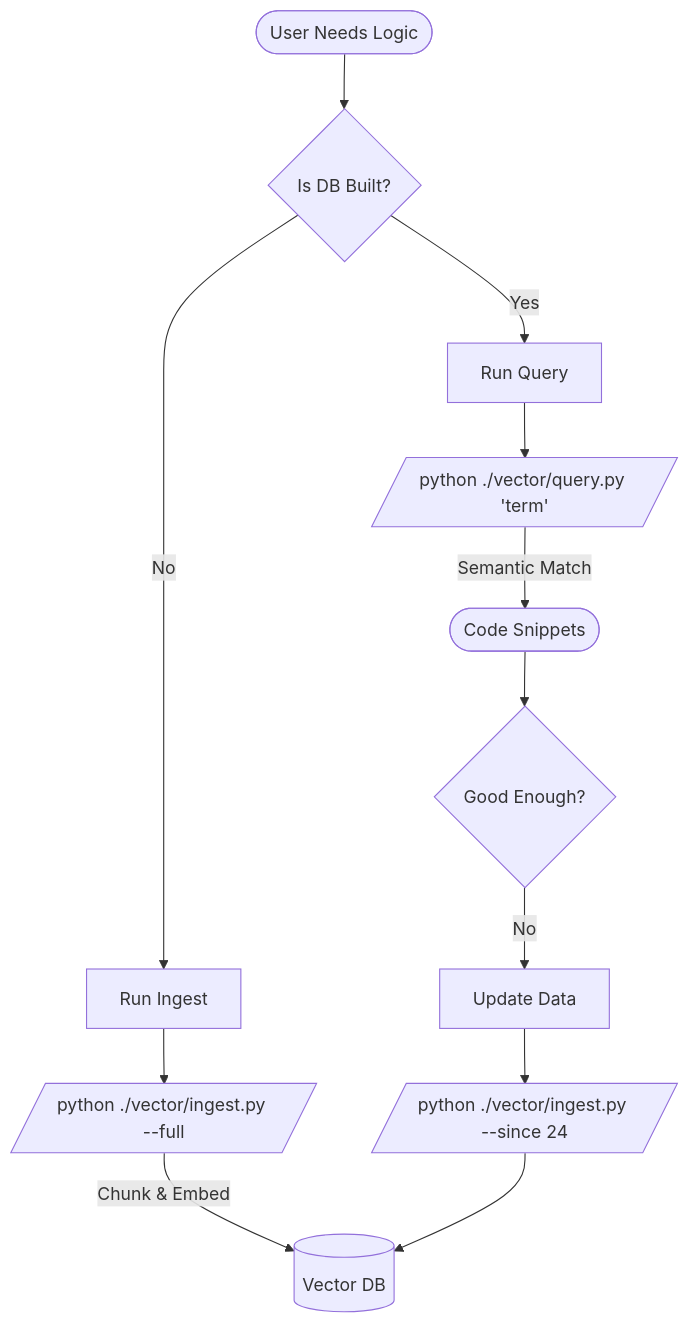
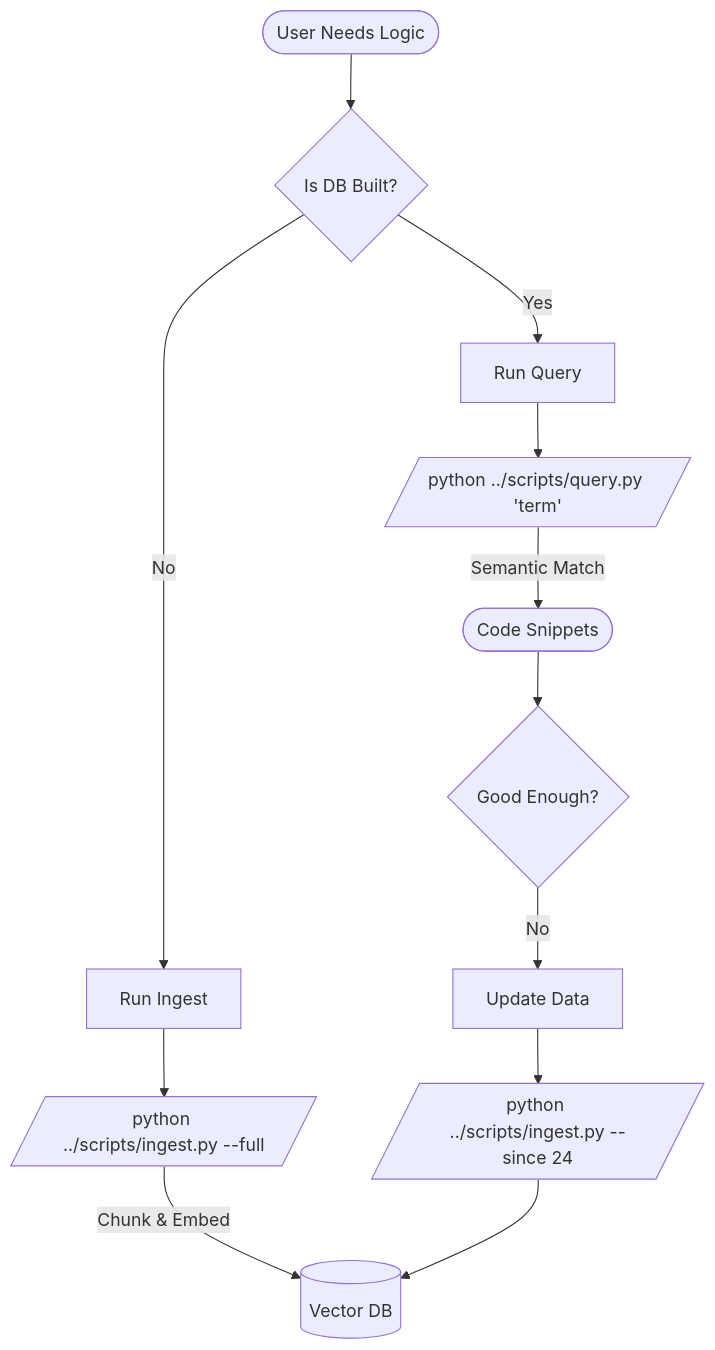
Before and after one commit to richfrem/agent-plugins-skills: the diagram in plugins/vector-db/references/workflow.mmd, drawn with Mermaid. The commit also changed 12 other files, not shown here.

```diff
--- a/plugins/vector-db/references/workflow.mmd
+++ b/plugins/vector-db/references/workflow.mmd
@@ -1,15 +1,15 @@
 flowchart TD
     Start([User Needs Logic]) --> Check{Is DB Built?}
     
     Check -- No --> Build[Run Ingest]
-    Build --> CmdBuild[/"python ./vector/ingest.py --full"/]
+    Build --> CmdBuild[/"python ../scripts/ingest.py --full"/]
     CmdBuild -- "Chunk & Embed" --> DB[(Vector DB)]
     
     Check -- Yes --> Search[Run Query]
-    Search --> CmdSearch[/"python ./vector/query.py 'term'"/]
+    Search --> CmdSearch[/"python ../scripts/query.py 'term'"/]
     CmdSearch -- "Semantic Match" --> Result([Code Snippets])
     
     Result --> Refine{Good Enough?}
     Refine -- No --> Rebuild[Update Data]
-    Rebuild --> CmdUpdate[/"python ./vector/ingest.py --since 24"/]
+    Rebuild --> CmdUpdate[/"python ../scripts/ingest.py --since 24"/]
     CmdUpdate --> DB
```
